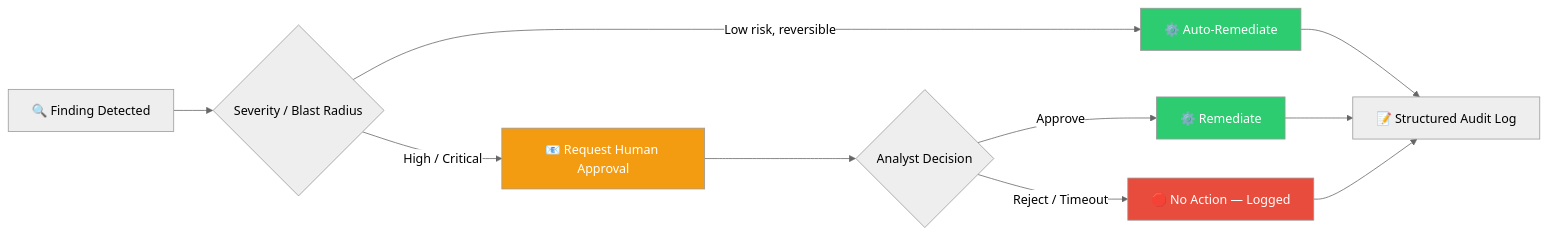
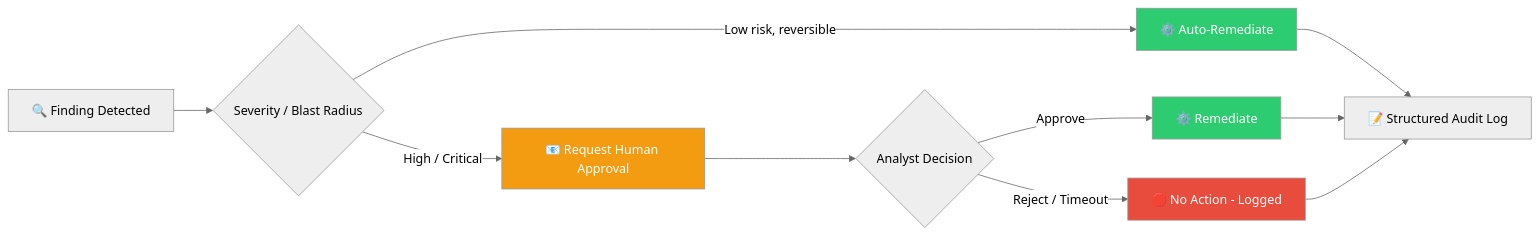
One commit to vkhere/CloudGuardian changed the first of 4 diagrams in 3.Week3/README.md. Above: the diagram before and after it, drawn with Mermaid (neutral theme). The commit also changed other lines of this file and 171 other files, not shown here.

````diff
--- a/3.Week3/README.md
+++ b/3.Week3/README.md
@@ -154,17 +154,17 @@
 ```mermaid
 flowchart LR
     A[🔍 Finding Detected] --> B{Severity / Blast Radius}
     B -->|Low risk, reversible| C[⚙️ Auto-Remediate]
     B -->|High / Critical| D[📧 Request Human Approval]
     D --> E{Analyst Decision}
     E -->|Approve| F[⚙️ Remediate]
-    E -->|Reject / Timeout| G[🛑 No Action — Logged]
+    E -->|Reject / Timeout| G[🛑 No Action - Logged]
     C --> H[📝 Structured Audit Log]
     F --> H
     G --> H
 
     style C fill:#2ecc71,color:#fff
     style F fill:#2ecc71,color:#fff
     style G fill:#e74c3c,color:#fff
     style D fill:#f39c12,color:#fff
 ```
````
